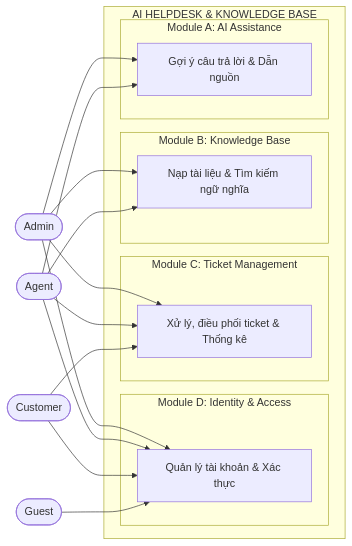
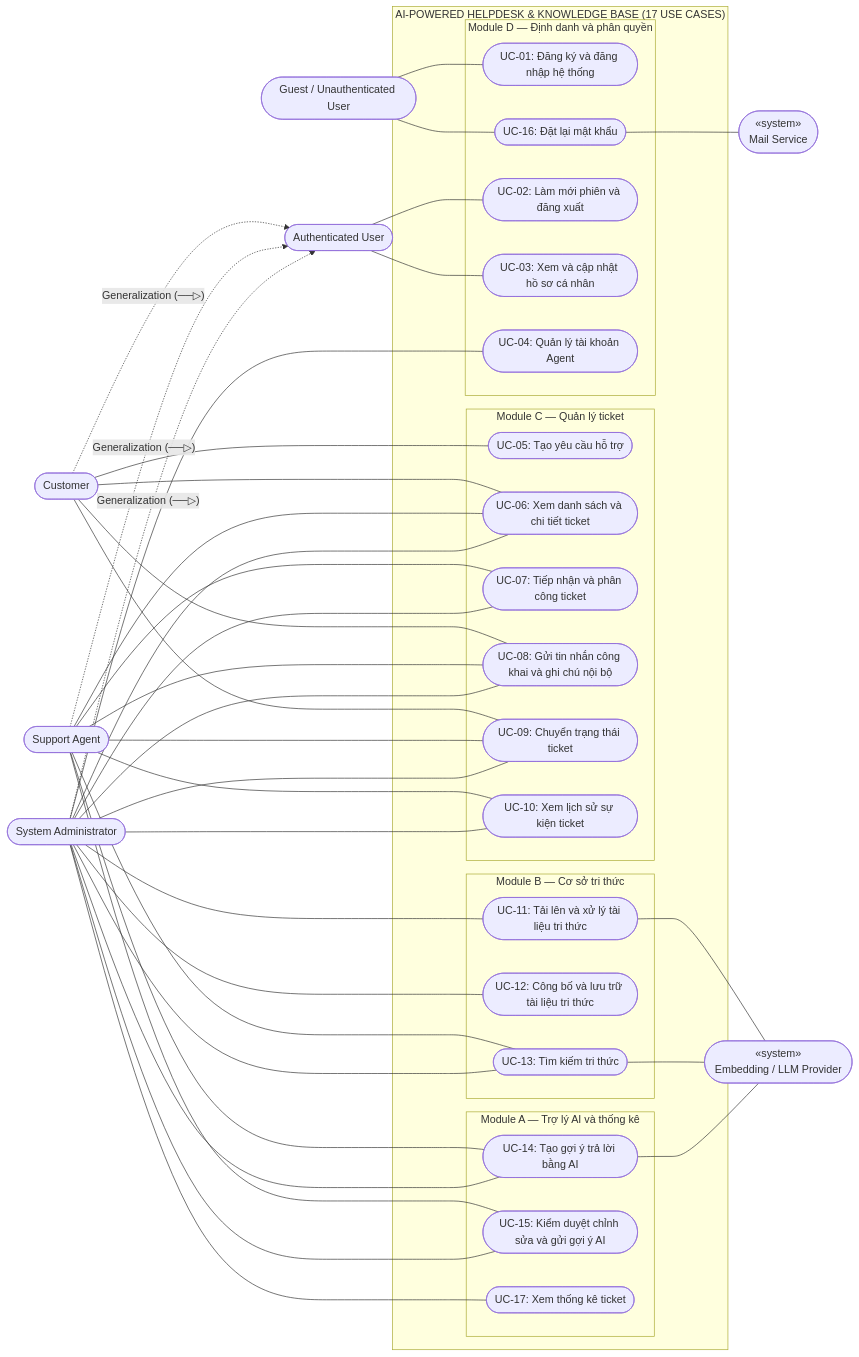
One commit to thanhbinh55/AI-Powered-Helpdesk-Knowledge-Base changed the fourth of 9 diagrams in PLAN_TEMPLATE1_AND_DEVELOPMENT.md. Above: the diagram before and after it, drawn with Mermaid. The commit also changed other lines of this file and 20 other files, not shown here.

Commit message:
docs(template1): chuan hoa 6 so do UML trang den va bo sung link tham khao K23 SCRUM-30

````diff
--- a/PLAN_TEMPLATE1_AND_DEVELOPMENT.md
+++ b/PLAN_TEMPLATE1_AND_DEVELOPMENT.md
@@ -1326,30 +1349,58 @@
 ```mermaid
 flowchart LR
-    Guest(["Guest"])
+    Guest(["Guest / Unauthenticated User"])
+    AuthUser(["Authenticated User"])
     Customer(["Customer"])
-    Agent(["Agent"])
-    Admin(["Admin"])
+    Agent(["Support Agent"])
+    Admin(["System Administrator"])
 
-    subgraph System["AI HELPDESK & KNOWLEDGE BASE"]
-        subgraph Sub_D["Module D: Identity & Access"]
-            UC_D["Quản lý tài khoản & Xác thực"]
+    MailService(["«system»\nMail Service"])
+    AIProvider(["«system»\nEmbedding / LLM Provider"])
+
+    Customer -.->|"Generalization (──▷)"| AuthUser
+    Agent -.->|"Generalization (──▷)"| AuthUser
+    Admin -.->|"Generalization (──▷)"| AuthUser
+
+    subgraph System["AI-POWERED HELPDESK & KNOWLEDGE BASE (17 USE CASES)"]
+        subgraph Mod_D["Module D — Định danh và phân quyền"]
+            UC01(["UC-01: Đăng ký và đăng nhập hệ thống"])
+            UC16(["UC-16: Đặt lại mật khẩu"])
+            UC02(["UC-02: Làm mới phiên và đăng xuất"])
+            UC03(["UC-03: Xem và cập nhật hồ sơ cá nhân"])
+            UC04(["UC-04: Quản lý tài khoản Agent"])
         end
 
-        subgraph Sub_C["Module C: Ticket Management"]
-            UC_C["Xử lý, điều phối ticket & Thống kê"]
+        subgraph Mod_C["Module C — Quản lý ticket"]
+            UC05(["UC-05: Tạo yêu cầu hỗ trợ"])
+            UC06(["UC-06: Xem danh sách và chi tiết ticket"])
+            UC07(["UC-07: Tiếp nhận và phân công ticket"])
+            UC08(["UC-08: Gửi tin nhắn công khai và ghi chú nội bộ"])
+            UC09(["UC-09: Chuyển trạng thái ticket"])
+            UC10(["UC-10: Xem lịch sử sự kiện ticket"])
         end
 
-        subgraph Sub_B["Module B: Knowledge Base"]
-            UC_B["Nạp tài liệu & Tìm kiếm ngữ nghĩa"]
+        subgraph Mod_B["Module B — Cơ sở tri thức"]
+            UC11(["UC-11: Tải lên và xử lý tài liệu tri thức"])
+            UC12(["UC-12: Công bố và lưu trữ tài liệu tri thức"])
+            UC13(["UC-13: Tìm kiếm tri thức"])
         end
 
-        subgraph Sub_A["Module A: AI Assistance"]
-            UC_A["Gợi ý câu trả lời & Dẫn nguồn"]
+        subgraph Mod_A["Module A — Trợ lý AI và thống kê"]
+            UC14(["UC-14: Tạo gợi ý trả lời bằng AI"])
+            UC15(["UC-15: Kiểm duyệt chỉnh sửa và gửi gợi ý AI"])
+            UC17(["UC-17: Xem thống kê ticket"])
         end
     end
 
-    Guest --> UC_D
-    Customer --> UC_D & UC_C
-    Agent --> UC_D & UC_C & UC_B & UC_A
-    Admin --> UC_D & UC_C & UC_B & UC_A
+    Guest --- UC01 & UC16
+    UC16 --- MailService
+    AuthUser --- UC02 & UC03
+
+    Customer --- UC05 & UC06 & UC08 & UC09
+    Agent --- UC06 & UC07 & UC08 & UC09 & UC10 & UC13 & UC14 & UC15
+    Admin --- UC04 & UC06 & UC07 & UC08 & UC09 & UC10 & UC11 & UC12 & UC13 & UC14 & UC15 & UC17
+
+    UC11 --- AIProvider
+    UC13 --- AIProvider
+    UC14 --- AIProvider
 ```
````
